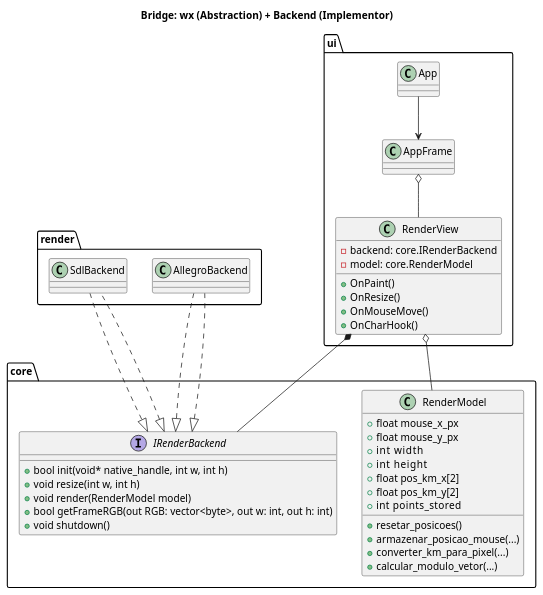
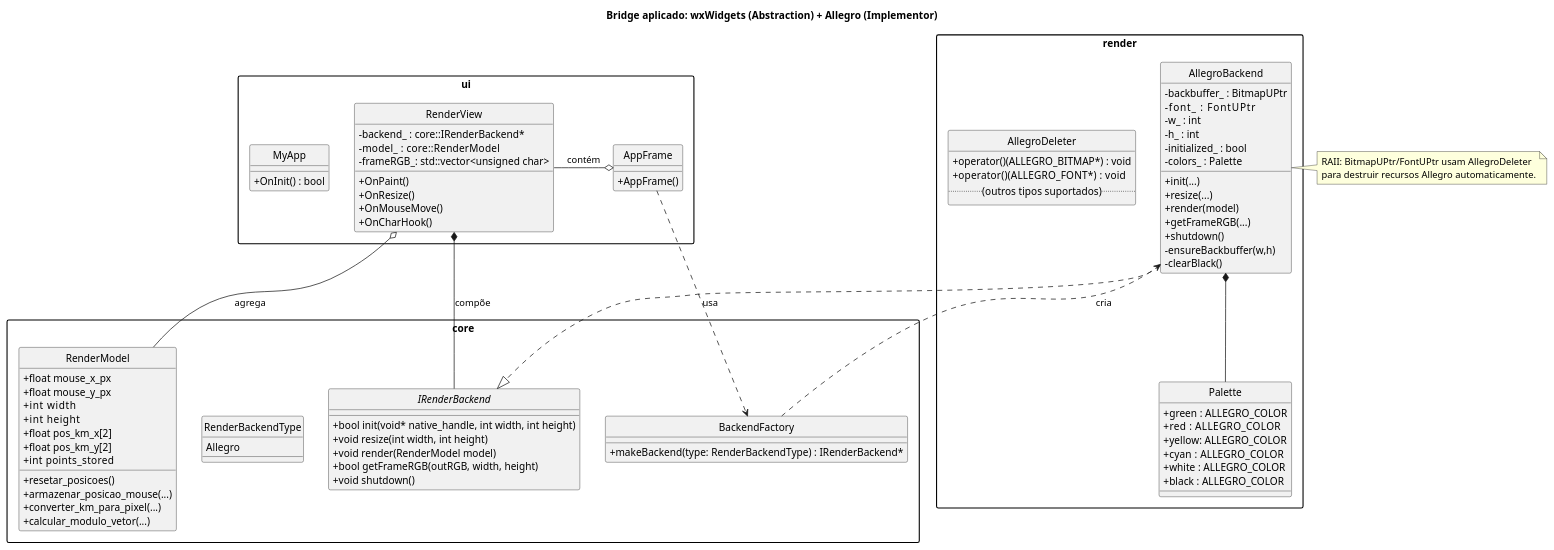
The diagram in alegro/18-ex/bridge.puml (lopesivan/estudo-wxwidgets), drawn with PlantUML before and after one commit.

Commit message:
:style: Atualiza o estilo do arquivo alegro/18-ex/bridge.puml

```diff
--- a/alegro/18-ex/bridge.puml
+++ b/alegro/18-ex/bridge.puml
@@ -1,54 +1,107 @@
 @startuml
-title Bridge: wx (Abstraction) + Backend (Implementor)
+title Bridge aplicado: wxWidgets (Abstraction) + Allegro (Implementor)
+
+skinparam packageStyle rectangle
+skinparam classAttributeIconSize 0
+hide circle
 
 package core {
+  interface IRenderBackend {
+    +bool init(void* native_handle, int width, int height)
+    +void resize(int width, int height)
+    +void render(RenderModel model)
+    +bool getFrameRGB(outRGB, width, height)
+    +void shutdown()
+  }
+
   class RenderModel {
     +float mouse_x_px
     +float mouse_y_px
     +int   width
     +int   height
     +float pos_km_x[2]
     +float pos_km_y[2]
     +int   points_stored
     +resetar_posicoes()
     +armazenar_posicao_mouse(...)
     +converter_km_para_pixel(...)
     +calcular_modulo_vetor(...)
   }
 
-  interface IRenderBackend {
-    +bool init(void* native_handle, int w, int h)
-    +void resize(int w, int h)
-    +void render(RenderModel model)
-    +bool getFrameRGB(out RGB: vector<byte>, out w: int, out h: int)
-    +void shutdown()
+  enum RenderBackendType {
+    Allegro
+  }
+
+  class BackendFactory {
+    +makeBackend(type: RenderBackendType) : IRenderBackend*
   }
 }
 
 package render {
-  class AllegroBackend implements core.IRenderBackend
-  class SdlBackend implements core.IRenderBackend
+  class AllegroBackend {
+    -backbuffer_ : BitmapUPtr
+    -font_      : FontUPtr
+    -w_ : int
+    -h_ : int
+    -initialized_ : bool
+    -colors_ : Palette
+    +init(...)
+    +resize(...)
+    +render(model)
+    +getFrameRGB(...)
+    +shutdown()
+    -ensureBackbuffer(w,h)
+    -clearBlack()
+  }
+
+  class Palette {
+    +green : ALLEGRO_COLOR
+    +red   : ALLEGRO_COLOR
+    +yellow: ALLEGRO_COLOR
+    +cyan  : ALLEGRO_COLOR
+    +white : ALLEGRO_COLOR
+    +black : ALLEGRO_COLOR
+  }
+
+  class AllegroDeleter {
+    +operator()(ALLEGRO_BITMAP*) : void
+    +operator()(ALLEGRO_FONT*)   : void
+    ..(outros tipos suportados)..
+  }
+
+  AllegroBackend ..|> core.IRenderBackend
+  AllegroBackend *-- Palette
 }
 
 package ui {
   class RenderView {
-    -backend: core.IRenderBackend
-    -model: core.RenderModel
+    -backend_ : core::IRenderBackend*
+    -model_   : core::RenderModel
+    -frameRGB_: std::vector<unsigned char>
     +OnPaint()
     +OnResize()
     +OnMouseMove()
     +OnCharHook()
   }
 
-  class AppFrame
-  class App
+  class AppFrame {
+    +AppFrame()
+  }
+
+  class MyApp {
+    +OnInit() : bool
+  }
 }
 
-ui.RenderView o-- core.RenderModel
-ui.RenderView *- core.IRenderBackend
-render.AllegroBackend ..|> core.IRenderBackend
-render.SdlBackend ..|> core.IRenderBackend
-ui.AppFrame o-- ui.RenderView
-ui.App --> ui.AppFrame
+ui.RenderView *- core.IRenderBackend : compõe
+ui.RenderView o- core.RenderModel    : agrega
+ui.AppFrame o- ui.RenderView         : contém
+core.BackendFactory ..> render.AllegroBackend : cria
+ui.AppFrame ..> core.BackendFactory  : usa
+
+note right of render.AllegroBackend
+  RAII: BitmapUPtr/FontUPtr usam AllegroDeleter
+  para destruir recursos Allegro automaticamente.
+end note
 
 @enduml
```
